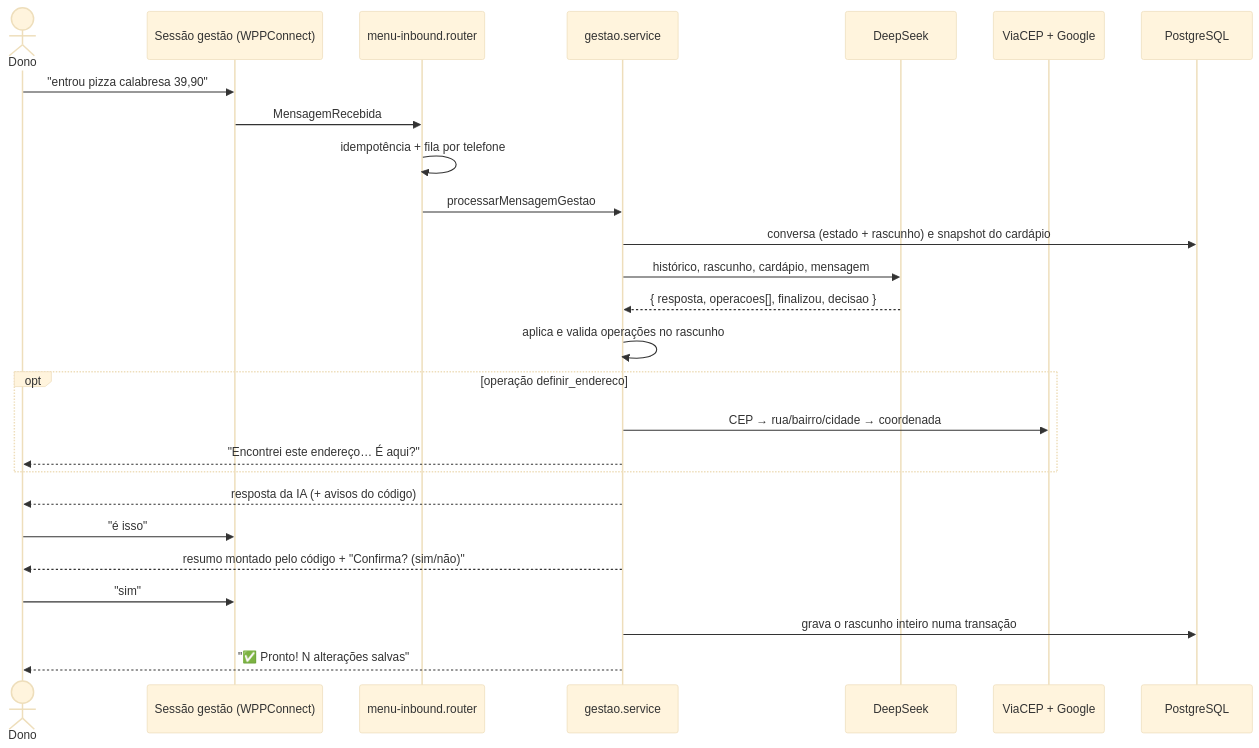
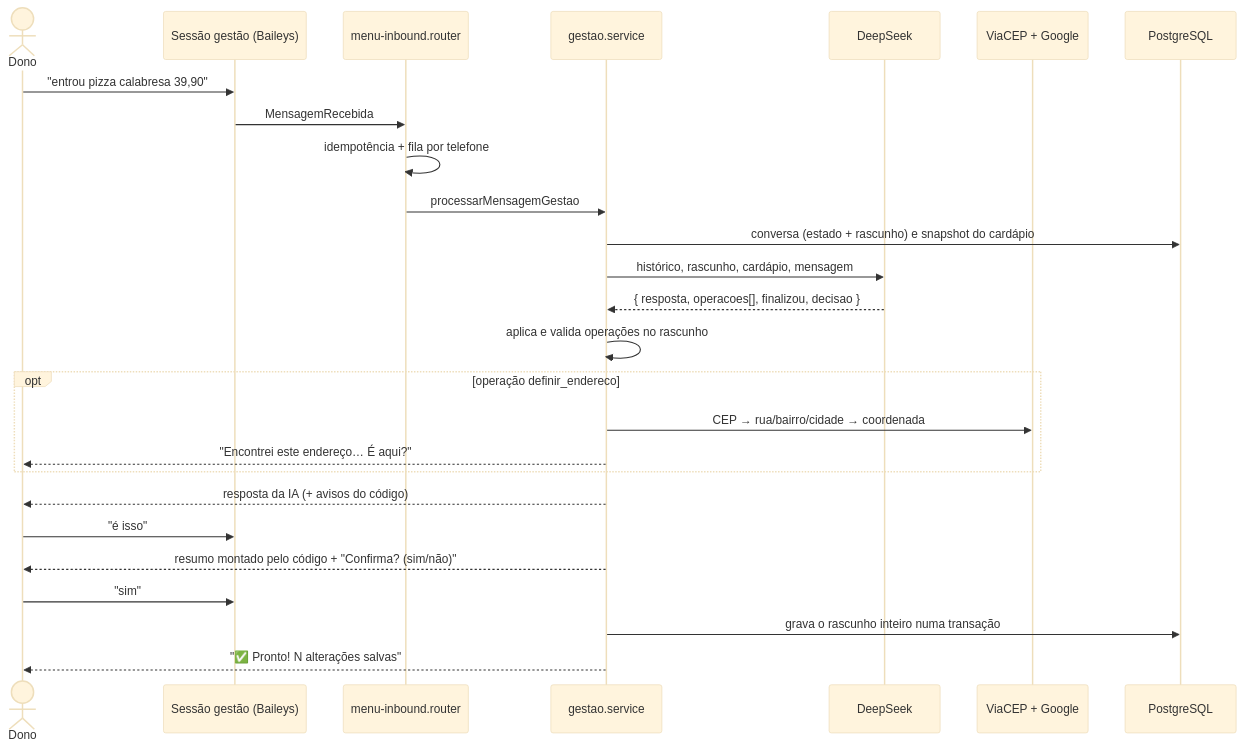
One commit to nathanlucena/zapmenu-back changed the first of 2 diagrams in docs/fluxos.md. Above: the diagram before and after it, drawn with Mermaid (base theme). The commit also changed other lines of this file and 18 other files, not shown here.

Commit message:
Trocar WPPConnect pelo Baileys

````diff
--- a/docs/fluxos.md
+++ b/docs/fluxos.md
@@ -75,29 +75,29 @@
 ```mermaid
 sequenceDiagram
     actor Dono
-    participant WPP as Sessão gestão (WPPConnect)
+    participant WPP as Sessão gestão (Baileys)
     participant R as menu-inbound.router
     participant G as gestao.service
     participant IA as DeepSeek
     participant M as ViaCEP + Google
     participant DB as PostgreSQL
 
     Dono->>WPP: "entrou pizza calabresa 39,90"
     WPP->>R: MensagemRecebida
     R->>R: idempotência + fila por telefone
     R->>G: processarMensagemGestao
     G->>DB: conversa (estado + rascunho) e snapshot do cardápio
     G->>IA: histórico, rascunho, cardápio, mensagem
     IA-->>G: { resposta, operacoes[], finalizou, decisao }
     G->>G: aplica e valida operações no rascunho
     opt operação definir_endereco
         G->>M: CEP → rua/bairro/cidade → coordenada
         G-->>Dono: "Encontrei este endereço… É aqui?"
     end
     G-->>Dono: resposta da IA (+ avisos do código)
     Dono->>WPP: "é isso"
     G-->>Dono: resumo montado pelo código + "Confirma? (sim/não)"
     Dono->>WPP: "sim"
     G->>DB: grava o rascunho inteiro numa transação
     G-->>Dono: "✅ Pronto! N alterações salvas"
 ```
````
